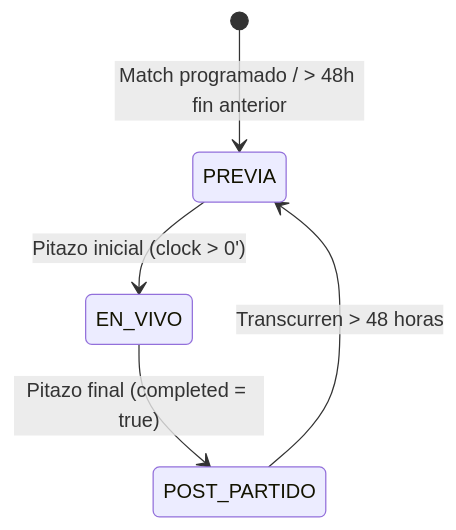
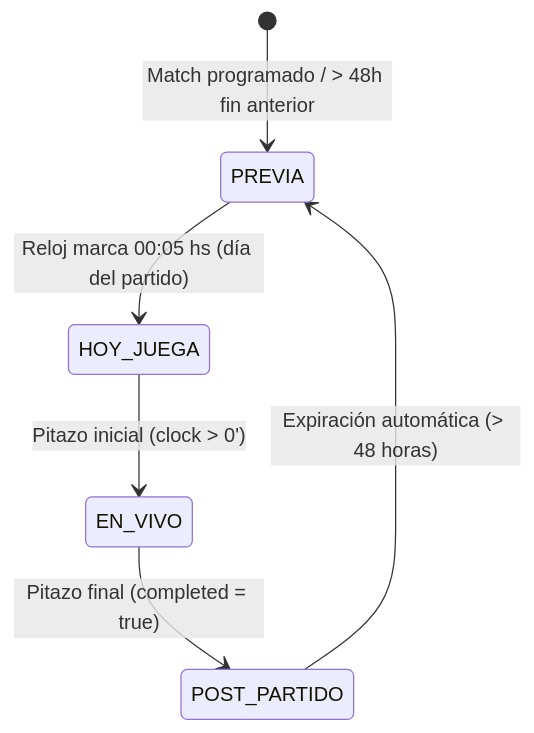
One commit to eltopouy/manya-servicioti changed the diagram in SPEC.md. Above: the diagram before and after it, drawn with Mermaid. The commit also changed other lines of this file, not shown here.

Commit message:
docs(spec): update SPEC.md with 24/7 hybrid automation architecture and state machine

````diff
--- a/SPEC.md
+++ b/SPEC.md
@@ -27,7 +27,8 @@
 ```mermaid
 stateDiagram-v2
     [*] --> PREVIA: Match programado / > 48h fin anterior
-    PREVIA --> EN_VIVO: Pitazo inicial (clock > 0')
+    PREVIA --> HOY_JUEGA: Reloj marca 00:05 hs (día del partido)
+    HOY_JUEGA --> EN_VIVO: Pitazo inicial (clock > 0')
     EN_VIVO --> POST_PARTIDO: Pitazo final (completed = true)
-    POST_PARTIDO --> PREVIA: Transcurren > 48 horas
+    POST_PARTIDO --> PREVIA: Expiración automática (> 48 horas)
 ```
````
